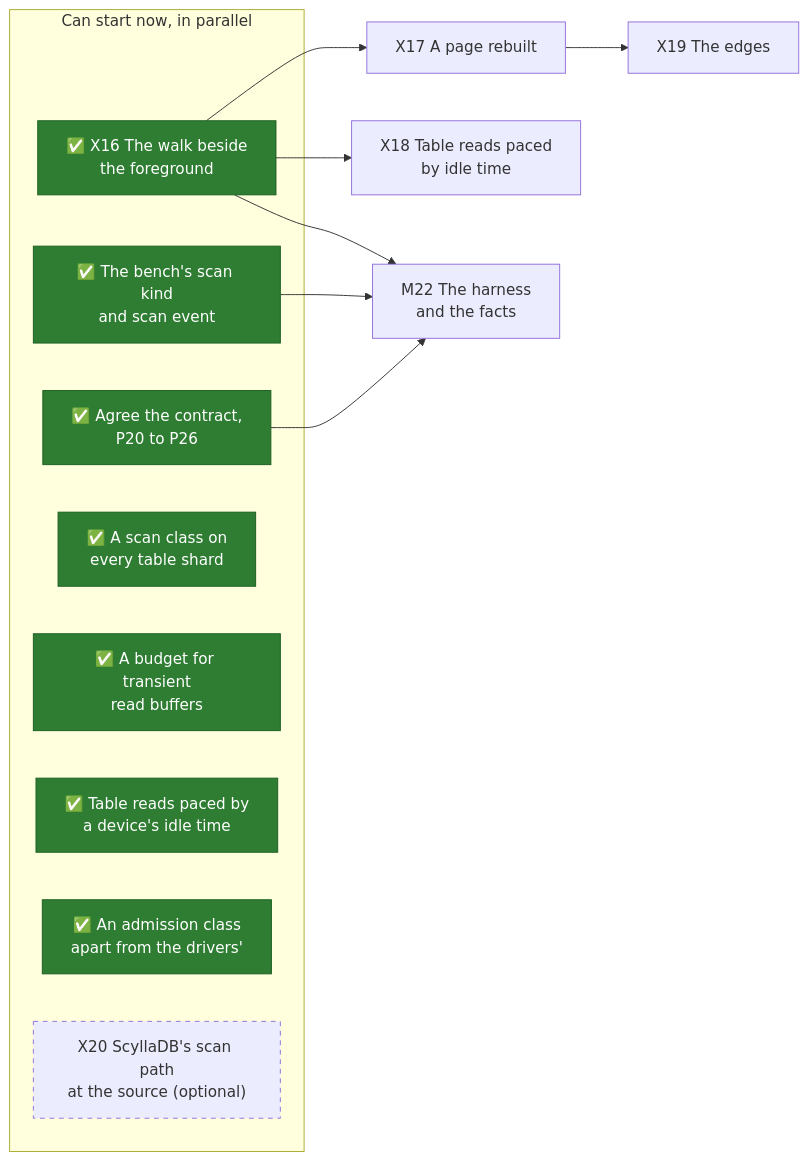
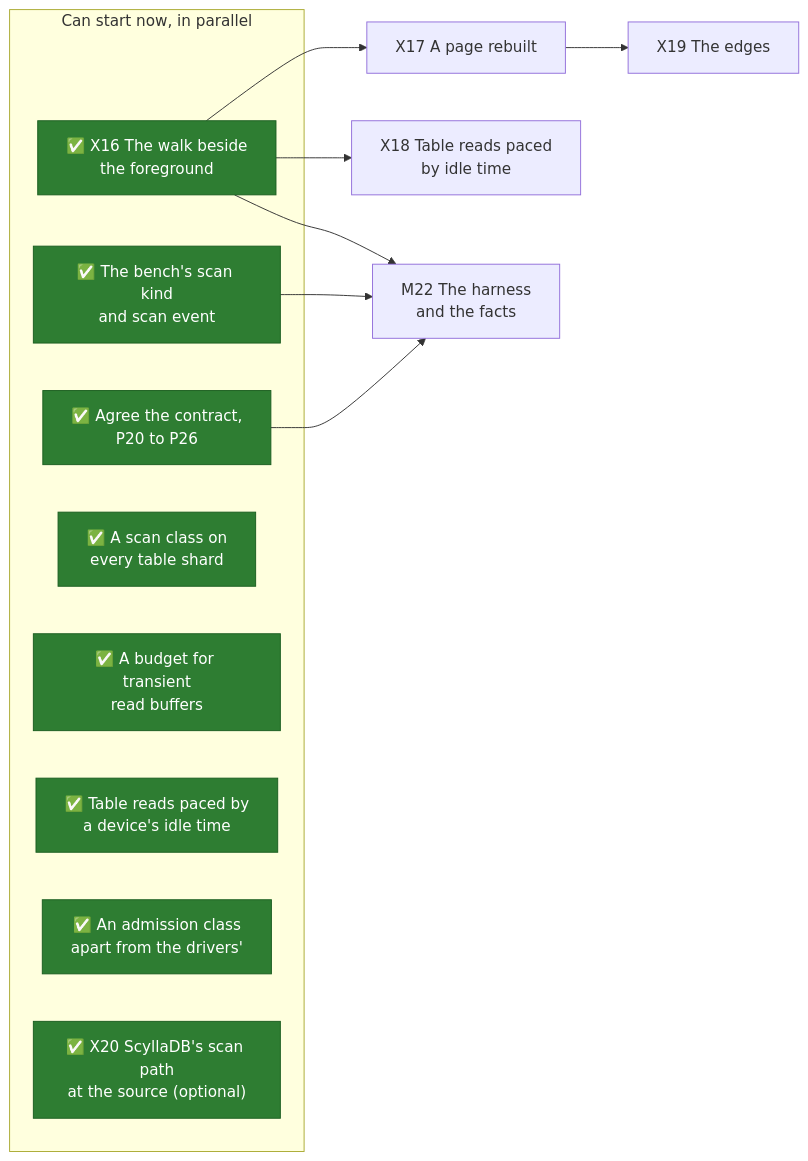
One commit to mjcarson/shoal changed the first of 2 diagrams in docs/src/future-work/scans/whats-left-todo.md. Above: the diagram before and after it, drawn with Mermaid. The commit also changed other lines of this file and 20 other files, not shown here.

````diff
--- a/docs/src/future-work/scans/whats-left-todo.md
+++ b/docs/src/future-work/scans/whats-left-todo.md
@@ -32,25 +33,25 @@
 ```mermaid
 flowchart LR
     classDef done fill:#2e7d32,stroke:#1b5e20,color:#ffffff
     classDef optional stroke-dasharray: 5 5
     subgraph now["Can start now, in parallel"]
         Contract["✅ Agree the contract,<br>P20 to P26"]:::done
         X16["✅ X16 The walk beside<br>the foreground"]:::done
         Bench["✅ The bench's scan kind<br>and scan event"]:::done
         Class["✅ A scan class on<br>every table shard"]:::done
         Budget["✅ A budget for transient<br>read buffers"]:::done
         Pace["✅ Table reads paced by<br>a device's idle time"]:::done
         Admit["✅ An admission class<br>apart from the drivers'"]:::done
-        X20["X20 ScyllaDB's scan path<br>at the source (optional)"]:::optional
+        X20["✅ X20 ScyllaDB's scan path<br>at the source (optional)"]:::done
     end
     X17["X17 A page rebuilt"]
     X18["X18 Table reads paced<br>by idle time"]
     X19["X19 The edges"]
     M22["M22 The harness<br>and the facts"]
     X16 --> X17
     X16 --> X18
     X17 --> X19
     Contract --> M22
     Bench --> M22
     X16 --> M22
 ```
````
